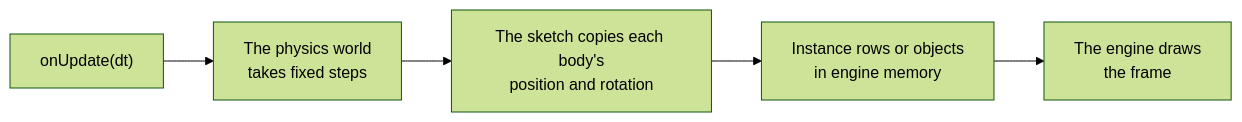
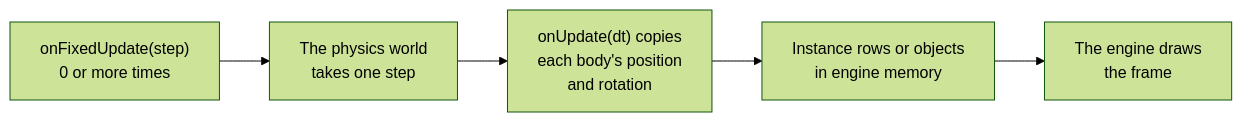
The diagram in docs/guides/physics.md (null3d-engine/null3d), drawn with Mermaid (forest theme) before and after one commit. The commit also changed other lines of this file, not shown here.

First line of the commit message:
docs(guides): step physics worlds in onFixedUpdate

````diff
--- a/docs/guides/physics.md
+++ b/docs/guides/physics.md
@@ -13,7 +13,7 @@
 ```mermaid
 flowchart LR
-    update["onUpdate(dt)"] --> step["The physics world<br/>takes fixed steps"]
-    step --> copy["The sketch copies each body's<br/>position and rotation"]
-    copy --> rows["Instance rows or objects<br/>in engine memory"]
+    fixed["onFixedUpdate(step)<br/>0 or more times"] --> step["The physics world<br/>takes one step"]
+    step --> update["onUpdate(dt) copies<br/>each body's position<br/>and rotation"]
+    update --> rows["Instance rows or objects<br/>in engine memory"]
     rows --> draw["The engine draws<br/>the frame"]
 ```
````
